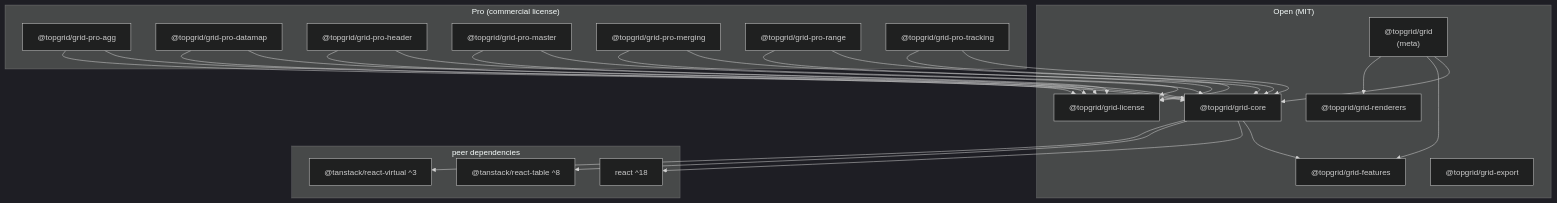
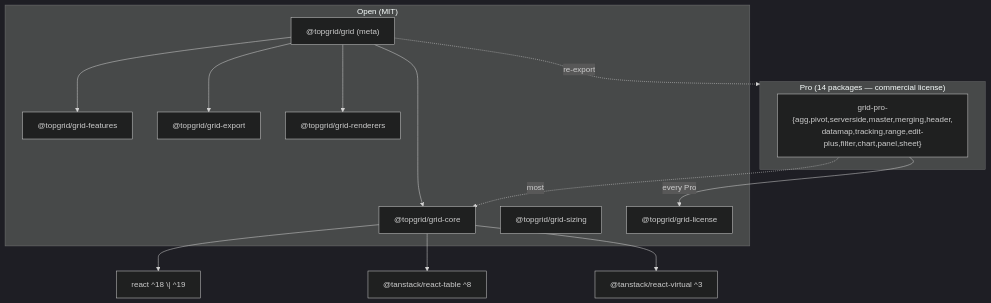
The diagram in apps/docs/i18n/en/docusaurus-plugin-content-docs/current/architecture.mdx (alladins/topgrid), drawn with Mermaid (dark theme) before and after one commit. The commit also changed other lines of this file and 10 other files, not shown here.

````diff
--- a/apps/docs/i18n/en/docusaurus-plugin-content-docs/current/architecture.mdx
+++ b/apps/docs/i18n/en/docusaurus-plugin-content-docs/current/architecture.mdx
@@ -26,49 +41,27 @@
 ```mermaid
 graph TD
   subgraph Open["Open (MIT)"]
-    grid["@topgrid/grid<br/>(meta)"]
+    grid["@topgrid/grid (meta)"]
     grid-core["@topgrid/grid-core"]
     grid-features["@topgrid/grid-features"]
     grid-export["@topgrid/grid-export"]
     grid-renderers["@topgrid/grid-renderers"]
+    grid-sizing["@topgrid/grid-sizing"]
     grid-license["@topgrid/grid-license"]
   end
 
-  subgraph Pro["Pro (commercial license)"]
-    pro-agg["@topgrid/grid-pro-agg"]
-    pro-datamap["@topgrid/grid-pro-datamap"]
-    pro-header["@topgrid/grid-pro-header"]
-    pro-master["@topgrid/grid-pro-master"]
-    pro-merging["@topgrid/grid-pro-merging"]
-    pro-range["@topgrid/grid-pro-range"]
-    pro-tracking["@topgrid/grid-pro-tracking"]
-  end
-
-  subgraph Peers["peer dependencies"]
-    react["react ^18"]
-    tanstack["@tanstack/react-table ^8"]
-    virtual["@tanstack/react-virtual ^3"]
+  subgraph Pro["Pro (14 packages — commercial license)"]
+    proAll["grid-pro-{agg,pivot,serverside,master,merging,header,<br/>datamap,tracking,range,edit-plus,filter,chart,panel,sheet}"]
   end
 
   grid --> grid-core
   grid --> grid-features
   grid --> grid-renderers
-  grid-core --> grid-features
-  pro-agg --> grid-core
-  pro-datamap --> grid-core
-  pro-header --> grid-core
-  pro-master --> grid-core
-  pro-merging --> grid-core
-  pro-range --> grid-core
-  pro-tracking --> grid-core
-  pro-agg --> grid-license
-  pro-datamap --> grid-license
-  pro-header --> grid-license
-  pro-master --> grid-license
-  pro-merging --> grid-license
-  pro-range --> grid-license
-  pro-tracking --> grid-license
-  grid-core --> react
-  grid-core --> tanstack
-  grid-core --> virtual
+  grid --> grid-export
+  grid -.->|re-export| Pro
+  grid-core --> react["react ^18 \| ^19"]
+  grid-core --> tanstack["@tanstack/react-table ^8"]
+  grid-core --> virtual["@tanstack/react-virtual ^3"]
+  proAll -->|every Pro| grid-license
+  proAll -.->|most| grid-core
 ```
````
